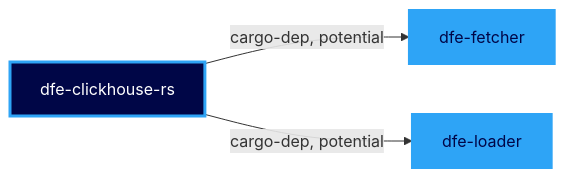
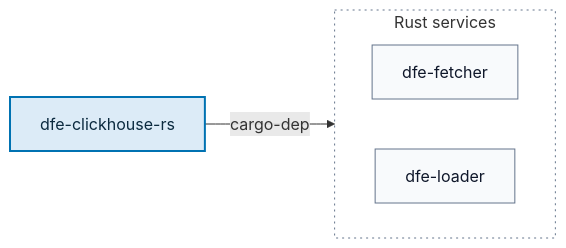
Before and after one commit to hyperi-io/dfe-infra: the ninth of 19 diagrams in docs/suite-graph.md, drawn with Mermaid. The commit also changed other lines of this file and 5 other files, not shown here.

First line of the commit message:
fix(suite-graph): draw the suite diagrams to the diagram standard

````diff
--- a/docs/suite-graph.md
+++ b/docs/suite-graph.md
@@ -231,10 +310,20 @@
 ```mermaid
 flowchart LR
-  dfe_clickhouse_rs["dfe-clickhouse-rs"]:::producer
-  dfe_fetcher["dfe-fetcher"]:::suite
-  dfe_clickhouse_rs -->|cargo-dep, potential| dfe_fetcher
-  dfe_loader["dfe-loader"]:::suite
-  dfe_clickhouse_rs -->|cargo-dep, potential| dfe_loader
-  classDef suite fill:#2EA4F6,stroke:#2EA4F6,stroke-width:2px,color:#000647
-  classDef producer fill:#000647,stroke:#2EA4F6,stroke-width:3px,color:#FFFFFF
+    accTitle: L4 Detail -- dfe-clickhouse-rs build cycle
+    accDescr: A dfe-clickhouse-rs release puts 2 consumers in motion. dfe-fetcher and dfe-loader take cargo-dep.
+
+    dfe_clickhouse_rs["dfe-clickhouse-rs"]
+    subgraph rust_services["Rust services"]
+        direction LR
+        dfe_fetcher["dfe-fetcher"]
+        dfe_loader["dfe-loader"]
+    end
+
+    dfe_clickhouse_rs -->|cargo-dep| rust_services
+
+    classDef default fill:#F8FAFC,stroke:#64748B,stroke-width:1px,color:#0F172A
+    classDef core fill:#DCEBF7,stroke:#0072B2,stroke-width:2px,color:#0B2A3F
+    classDef group fill:none,stroke:#64748B,stroke-width:1px,stroke-dasharray:2 4
+    class dfe_clickhouse_rs core
+    class rust_services group
 ```
````
